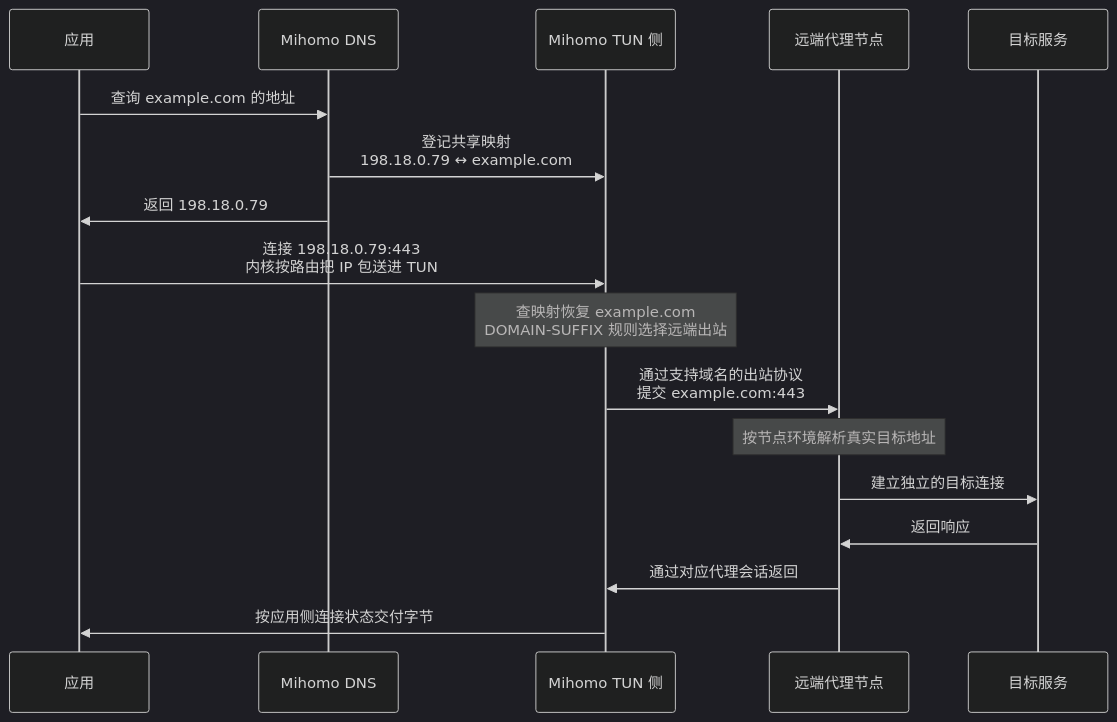
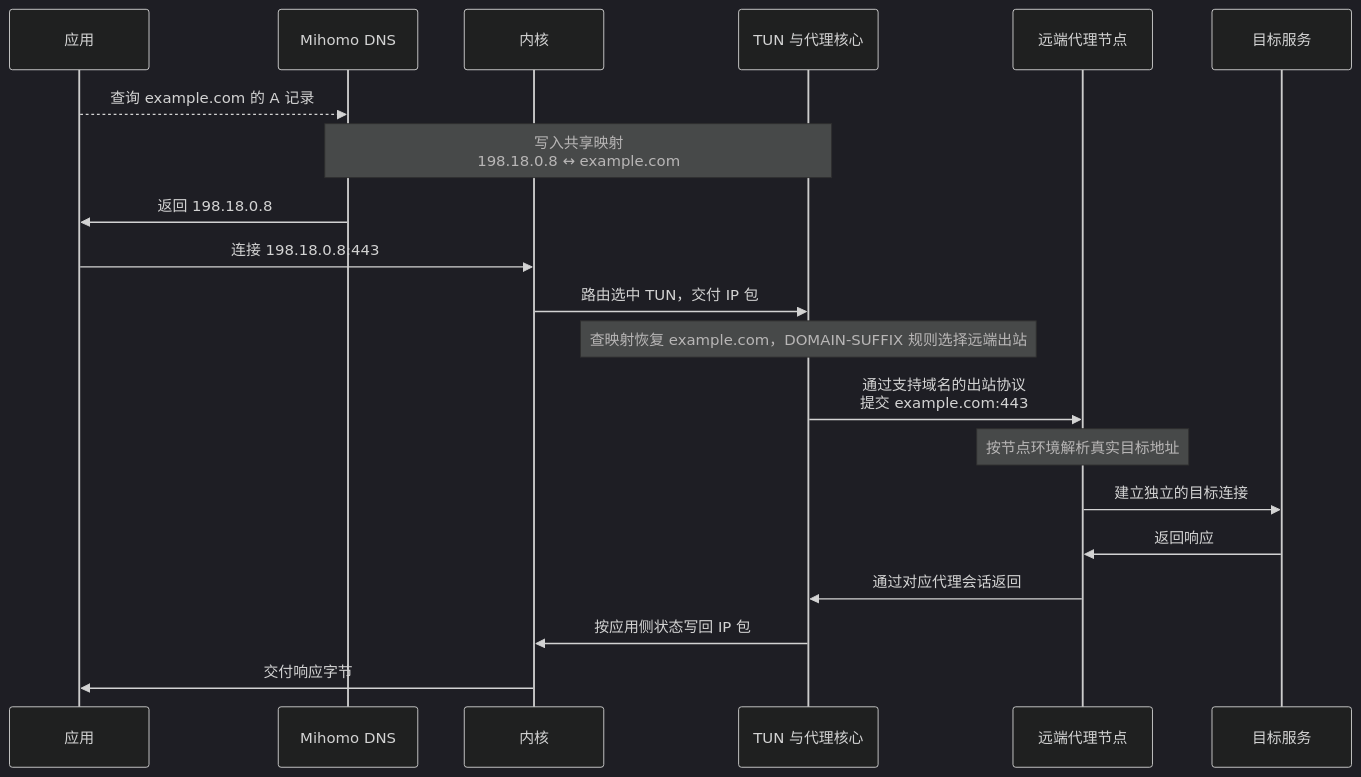
Before and after one commit to fordelkon/delkon.us.kg: the first of 4 diagrams in content/posts/networking/proxies-tunnels-transparent-interception.md, drawn with Mermaid (dark theme). The commit also changed other lines of this file and 21 other files, not shown here.

Commit message:
feat: refine networking diagrams and examples

````diff
--- a/content/posts/networking/proxies-tunnels-transparent-interception.md
+++ b/content/posts/networking/proxies-tunnels-transparent-interception.md
@@ -246,19 +249,22 @@
 ```mermaid title="Fake-IP 从 DNS 映射到域名出站的闭环" description="限定 DNS 请求进入内部解析器、应用连接对应 Fake-IP 且路由将其送入 TUN 的情形。DNS 模块与 TUN 处理侧属于同一个 Mihomo，共享映射状态；此处选择无需本地目标 IP 的域名规则及支持域名的远端出站。远端再解析目标并连接源站，DIRECT、IP 规则和不支持域名的出站另有路径。箭头表示逻辑交付顺序，不按耗时绘制，也不表示本地 TCP 包原样穿过全部连接。"
 sequenceDiagram
  participant App as 应用
  participant DNS as Mihomo DNS
- participant Inbound as Mihomo TUN 侧
+ participant Kernel as 内核
+ participant Inbound as TUN 与代理核心
  participant Node as 远端代理节点
  participant Target as 目标服务
- App->>DNS: 查询 example.com 的地址
- DNS->>Inbound: 登记共享映射<br/>198.18.0.79 ↔ example.com
- DNS->>App: 返回 198.18.0.79
- App->>Inbound: 连接 198.18.0.79:443<br/>内核按路由把 IP 包送进 TUN
- Note over Inbound: 查映射恢复 example.com<br/>DOMAIN-SUFFIX 规则选择远端出站
+ App-->>DNS: 查询 example.com 的 A 记录
+ Note over DNS,Inbound: 写入共享映射<br/>198.18.0.8 ↔ example.com
+ DNS->>App: 返回 198.18.0.8
+ App->>Kernel: 连接 198.18.0.8:443
+ Kernel->>Inbound: 路由选中 TUN，交付 IP 包
+ Note over Inbound: 查映射恢复 example.com，DOMAIN-SUFFIX 规则选择远端出站
  Inbound->>Node: 通过支持域名的出站协议<br/>提交 example.com:443
  Note over Node: 按节点环境解析真实目标地址
  Node->>Target: 建立独立的目标连接
  Target->>Node: 返回响应
  Node->>Inbound: 通过对应代理会话返回
- Inbound->>App: 按应用侧连接状态交付字节
+ Inbound->>Kernel: 按应用侧状态写回 IP 包
+ Kernel->>App: 交付响应字节
 ```
````
